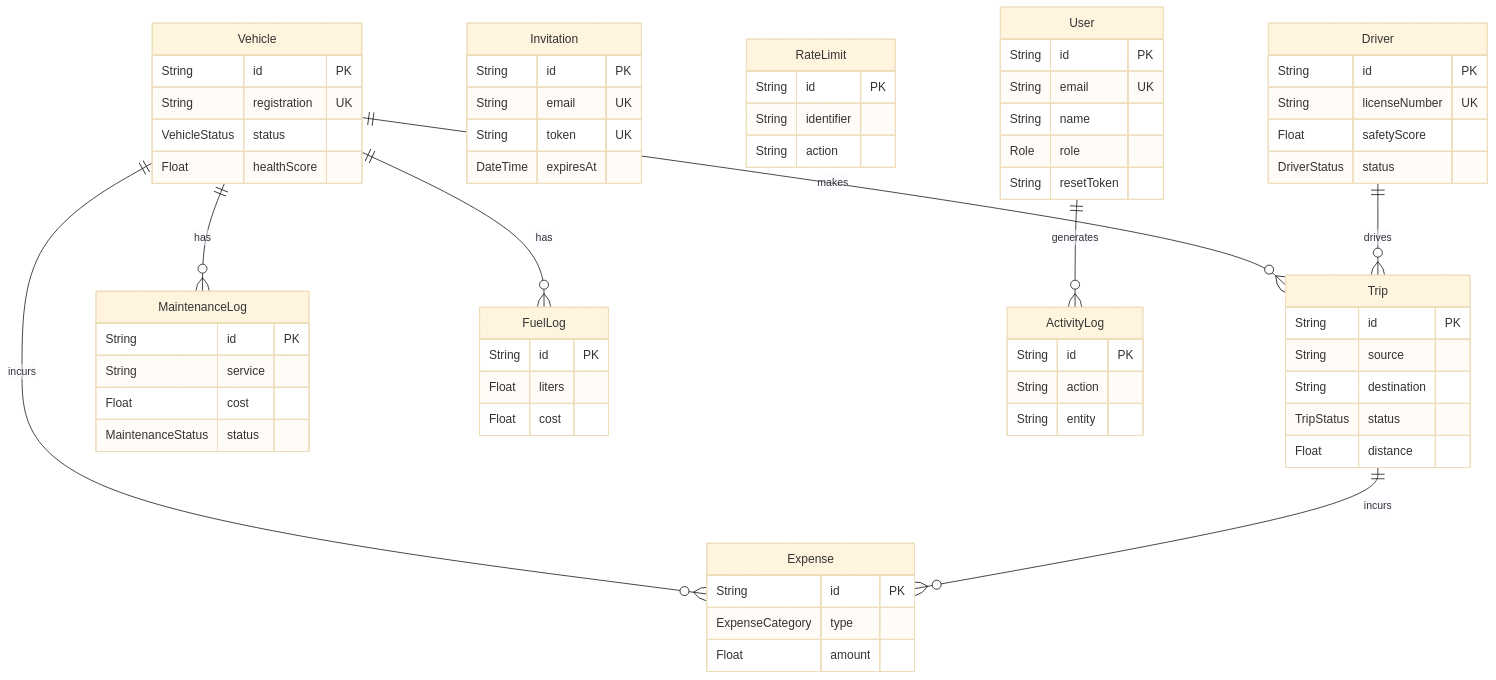
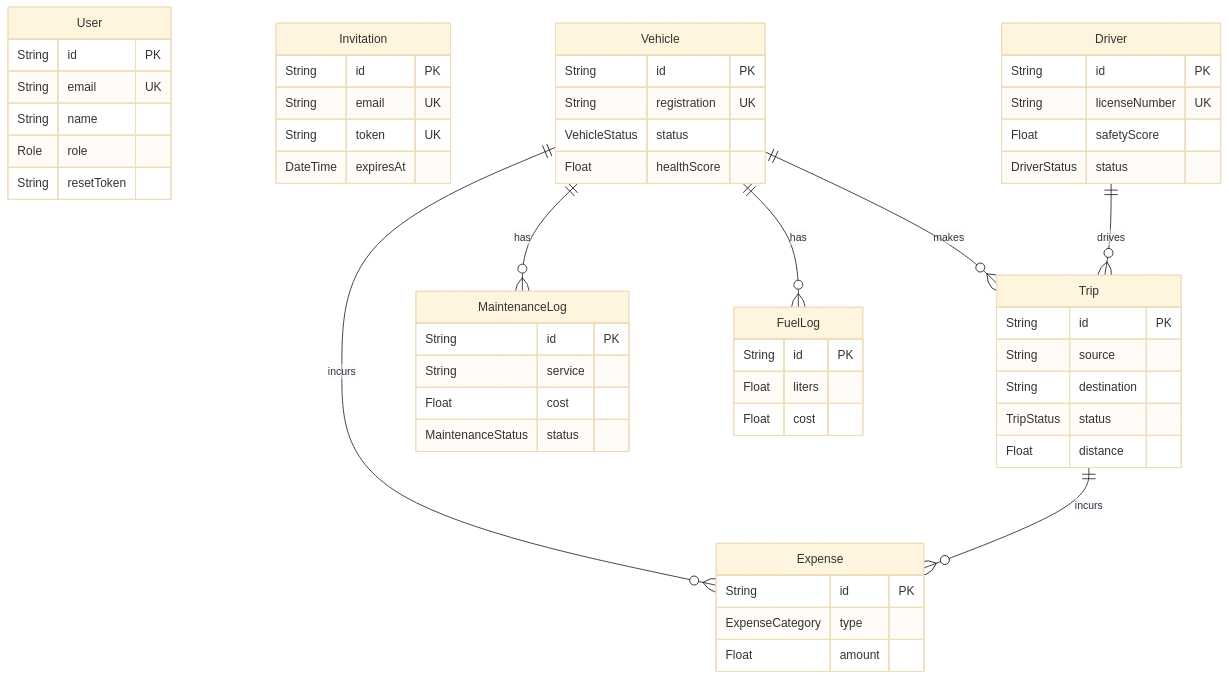
The second of 2 diagrams in README.md (sachhu04/TransitOps), drawn with Mermaid (base theme) before and after one commit. The commit also changed other lines of this file and 11 other files, not shown here.

````diff
--- a/README.md
+++ b/README.md
@@ -110,69 +103,58 @@
 ```mermaid
 erDiagram
     User {
         String id PK
         String email UK
         String name
         Role role
         String resetToken
     }
     Invitation {
         String id PK
         String email UK
         String token UK
         DateTime expiresAt
-    }
-    RateLimit {
-        String id PK
-        String identifier
-        String action
     }
     Vehicle {
         String id PK
         String registration UK
         VehicleStatus status
         Float healthScore
     }
     Driver {
         String id PK
         String licenseNumber UK
         Float safetyScore
         DriverStatus status
     }
     Trip {
         String id PK
         String source
         String destination
         TripStatus status
         Float distance
     }
     MaintenanceLog {
         String id PK
         String service
         Float cost
         MaintenanceStatus status
     }
     FuelLog {
         String id PK
         Float liters
         Float cost
     }
     Expense {
         String id PK
         ExpenseCategory type
         Float amount
     }
-    ActivityLog {
-        String id PK
-        String action
-        String entity
-    }
 
     Vehicle ||--o{ Trip : makes
     Driver ||--o{ Trip : drives
     Vehicle ||--o{ MaintenanceLog : has
     Vehicle ||--o{ FuelLog : has
     Vehicle ||--o{ Expense : incurs
     Trip ||--o{ Expense : incurs
-    User ||--o{ ActivityLog : generates
 ```
````
